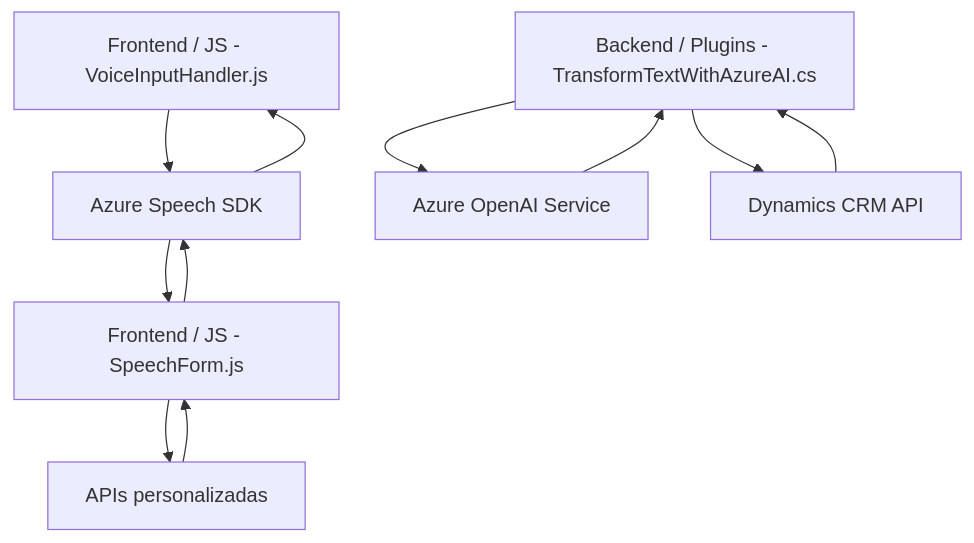
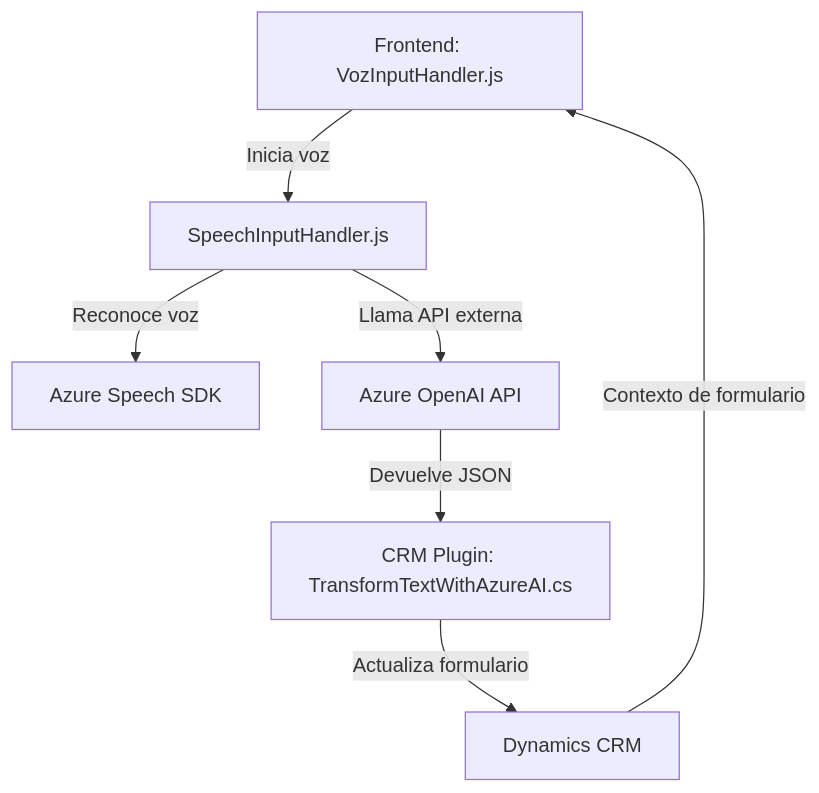
The diagram in README.md (blopezdm/NETCORE_BILBAO2025), drawn with Mermaid before and after one commit. The commit also changed other lines of this file, not shown here.

````diff
--- a/README.md
+++ b/README.md
@@ -55,21 +37,9 @@
 ```mermaid
 graph TD
-    A["Frontend / JS - VoiceInputHandler.js"]
-    B["Frontend / JS - SpeechForm.js"]
-    C["Backend / Plugins - TransformTextWithAzureAI.cs"]
-    D["Azure Speech SDK"]
-    E["Azure OpenAI Service"]
-    F["Dynamics CRM API"]
-    G["APIs personalizadas"]
-
-    A --> D
-    B --> D
-    B --> G
-    C --> E
-    C --> F
-    D --> A
-    D --> B
-    E --> C
-    G --> B
-    F --> C
+    A["Frontend: VozInputHandler.js"] -->|Inicia voz| B["SpeechInputHandler.js"]
+    B -->|Reconoce voz| C["Azure Speech SDK"]
+    B -->|Llama API externa| D["Azure OpenAI API"]
+    D -->|Devuelve JSON| E["CRM Plugin: TransformTextWithAzureAI.cs"]
+    E -->|Actualiza formulario| F["Dynamics CRM"]
+    F -->|Contexto de formulario| A
 ```
````
